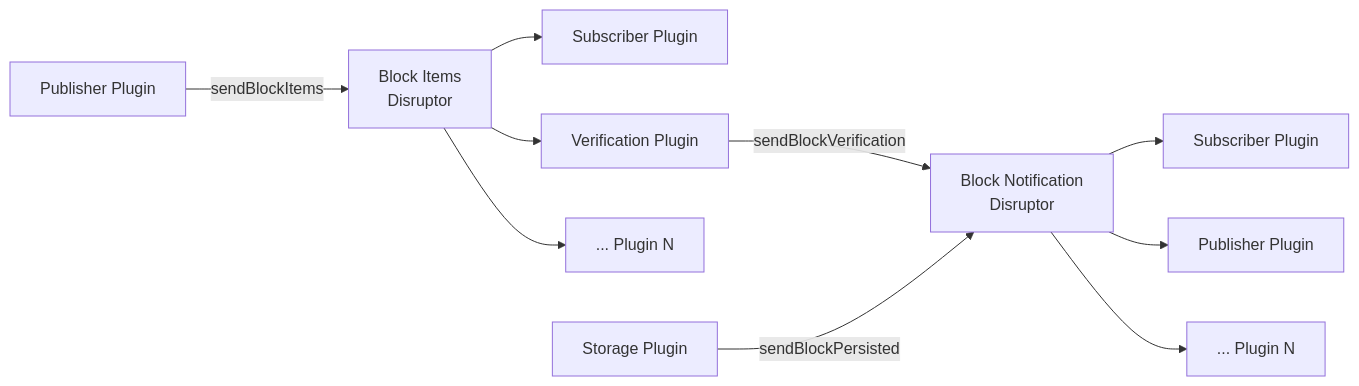
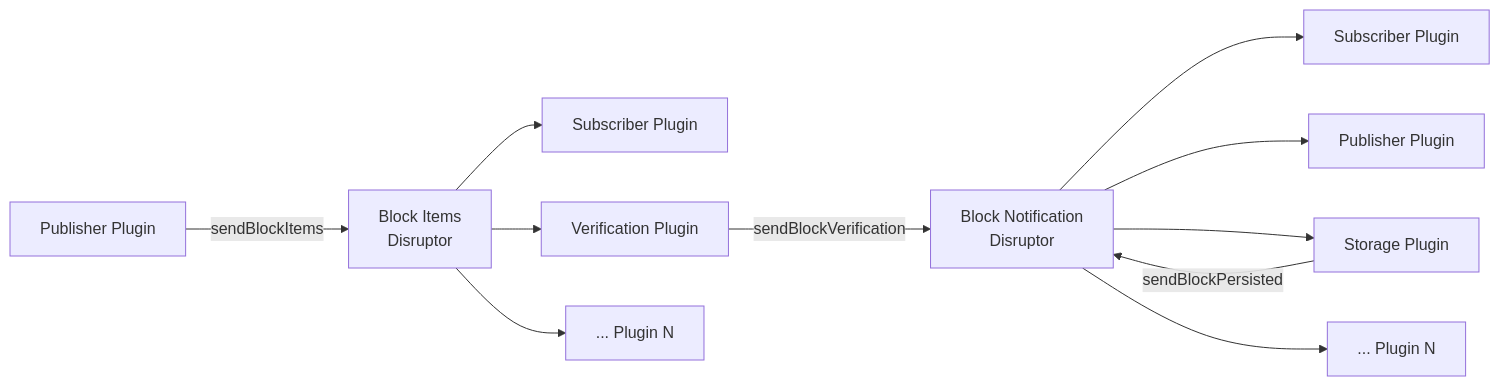
One commit to hiero-ledger/hiero-block-node changed the third of 4 diagrams in docs/design/architecture/current-plugin-architecture.md. Above: the diagram before and after it, drawn with Mermaid. The commit also changed other lines of this file and 1 other file, not shown here.

First line of the commit message:
- address comments for current architecture.

````diff
--- a/docs/design/architecture/current-plugin-architecture.md
+++ b/docs/design/architecture/current-plugin-architecture.md
@@ -338,13 +338,14 @@
 ```mermaid
 flowchart LR
     PUB[Publisher Plugin] -->|sendBlockItems| BI[Block Items\nDisruptor]
     BI --> SUB[Subscriber Plugin]
     BI --> VER[Verification Plugin]
     BI --> N1[... Plugin N]
 
     VER -->|sendBlockVerification| BN[Block Notification\nDisruptor]
     STOR[Storage Plugin] -->|sendBlockPersisted| BN
     BN --> SUB2[Subscriber Plugin]
     BN --> PUB2[Publisher Plugin]
+    BN --> STOR[Storage Plugin]
     BN --> N2[... Plugin N]
 ```
````
